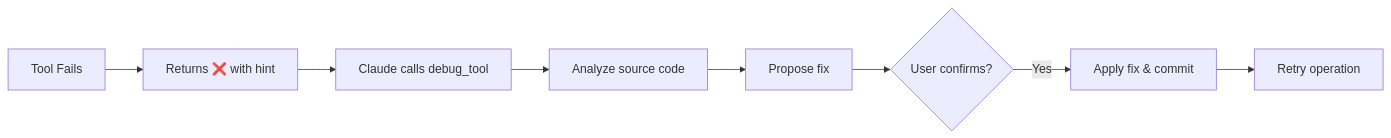
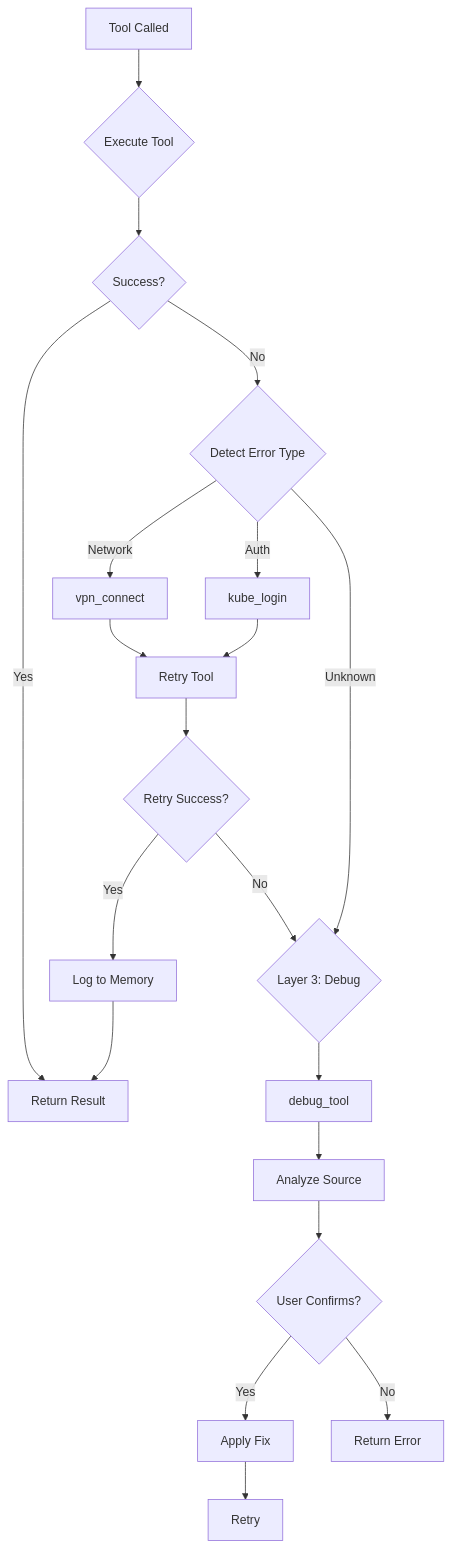
The fifth of 11 diagrams in docs/architecture/README.md (dmzoneill/redhat-ai-workflow), drawn with Mermaid before and after one commit. The commit also changed other lines of this file and 407 other files, not shown here.

````diff
--- a/docs/architecture/README.md
+++ b/docs/architecture/README.md
@@ -149,10 +293,25 @@
 ```mermaid
-flowchart LR
-    A[Tool Fails] --> B[Returns ❌ with hint]
-    B --> C[Claude calls debug_tool]
-    C --> D[Analyze source code]
-    D --> E[Propose fix]
-    E --> F{User confirms?}
-    F -->|Yes| G[Apply fix & commit]
-    G --> H[Retry operation]
+flowchart TD
+    A[Tool Called] --> B{Execute Tool}
+    B --> C{Success?}
+    C -->|Yes| D[Return Result]
+    C -->|No| E{Detect Error Type}
+
+    E -->|Network| F[vpn_connect]
+    E -->|Auth| G[kube_login]
+    E -->|Unknown| H{Layer 3: Debug}
+
+    F --> I[Retry Tool]
+    G --> I
+    I --> J{Retry Success?}
+    J -->|Yes| K[Log to Memory]
+    K --> D
+    J -->|No| H
+
+    H --> L[debug_tool]
+    L --> M[Analyze Source]
+    M --> N{User Confirms?}
+    N -->|Yes| O[Apply Fix]
+    O --> P[Retry]
+    N -->|No| Q[Return Error]
 ```
````
